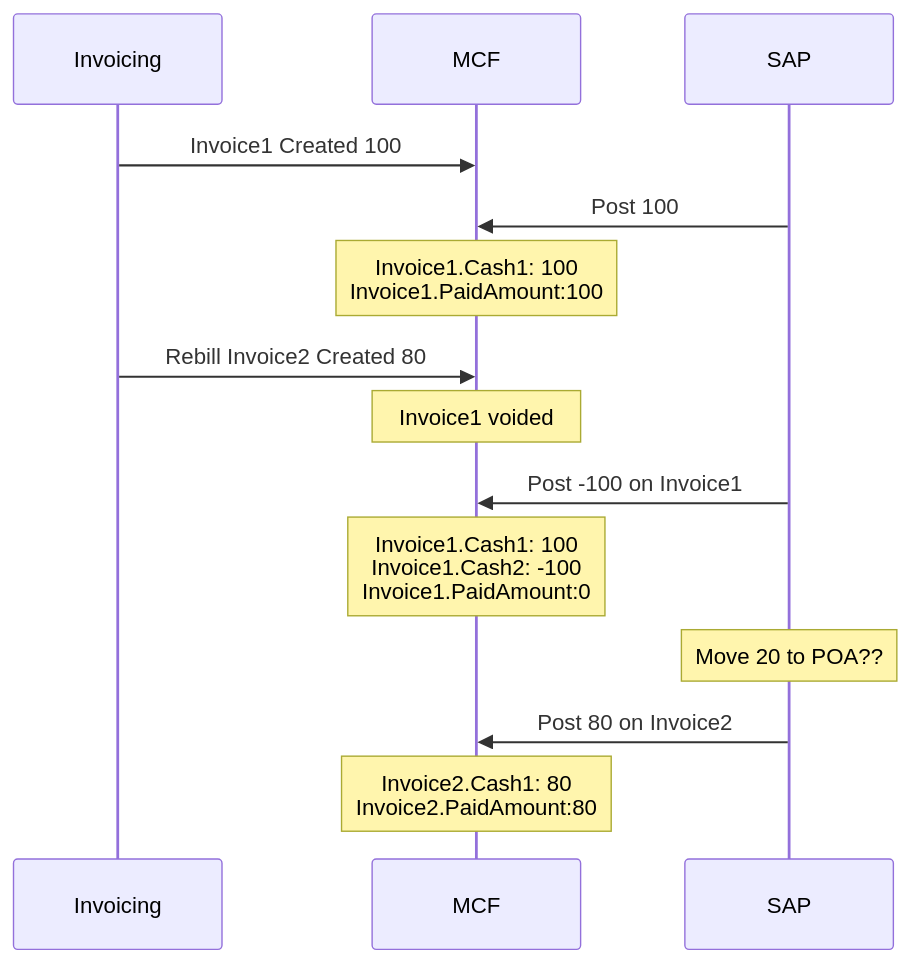
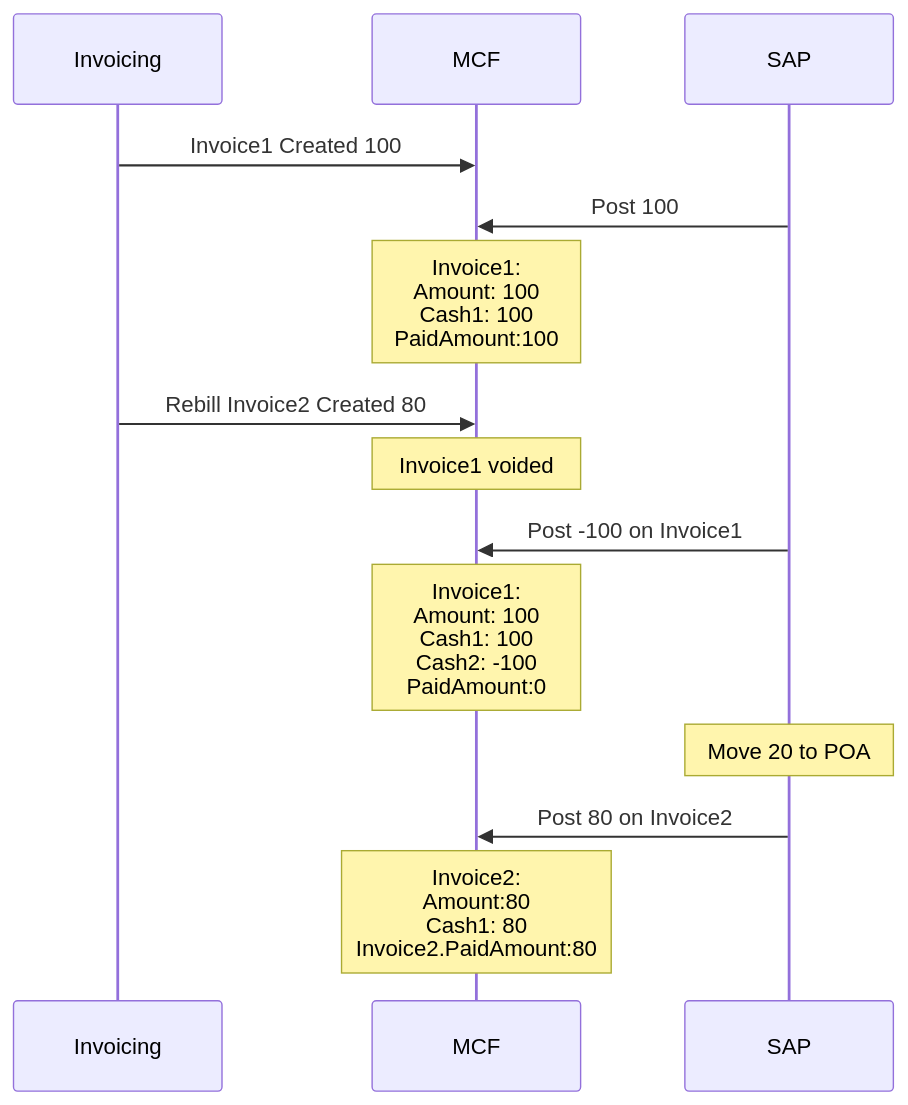
Before and after one commit to vikramsinha/test1: the ninth of 13 diagrams in MCF-SAP Scenarios.md, drawn with Mermaid. The commit also changed other lines of this file, not shown here.

Commit message:
Update MCF-SAP Scenarios.md

````diff
--- a/MCF-SAP Scenarios.md
+++ b/MCF-SAP Scenarios.md
@@ -170,17 +170,17 @@
 ```mermaid
 %%{init: {'theme': 'default'} }%%
 sequenceDiagram
     participant Invoicing
     participant MCF
     participant SAP
     Invoicing->>MCF: Invoice1 Created 100    
     SAP->>MCF: Post 100
-    Note over MCF: Invoice1.Cash1: 100<br/>Invoice1.PaidAmount:100
+    Note over MCF: Invoice1:<br/>Amount: 100<br/>Cash1: 100<br/>PaidAmount:100
     Invoicing->>MCF: Rebill Invoice2 Created 80
     Note over MCF: Invoice1 voided
     SAP->>MCF: Post -100 on Invoice1
-    Note over MCF: Invoice1.Cash1: 100<br/>Invoice1.Cash2: -100<br/>Invoice1.PaidAmount:0
-    Note over SAP: Move 20 to POA??
+    Note over MCF: Invoice1:<br/>Amount: 100<br/>Cash1: 100<br/>Cash2: -100<br/>PaidAmount:0
+    Note over SAP: Move 20 to POA
     SAP->>MCF: Post 80 on Invoice2
-    Note over MCF: Invoice2.Cash1: 80<br/>Invoice2.PaidAmount:80
+    Note over MCF: Invoice2:<br/>Amount:80<br/>Cash1: 80<br/>Invoice2.PaidAmount:80
 ```
````
